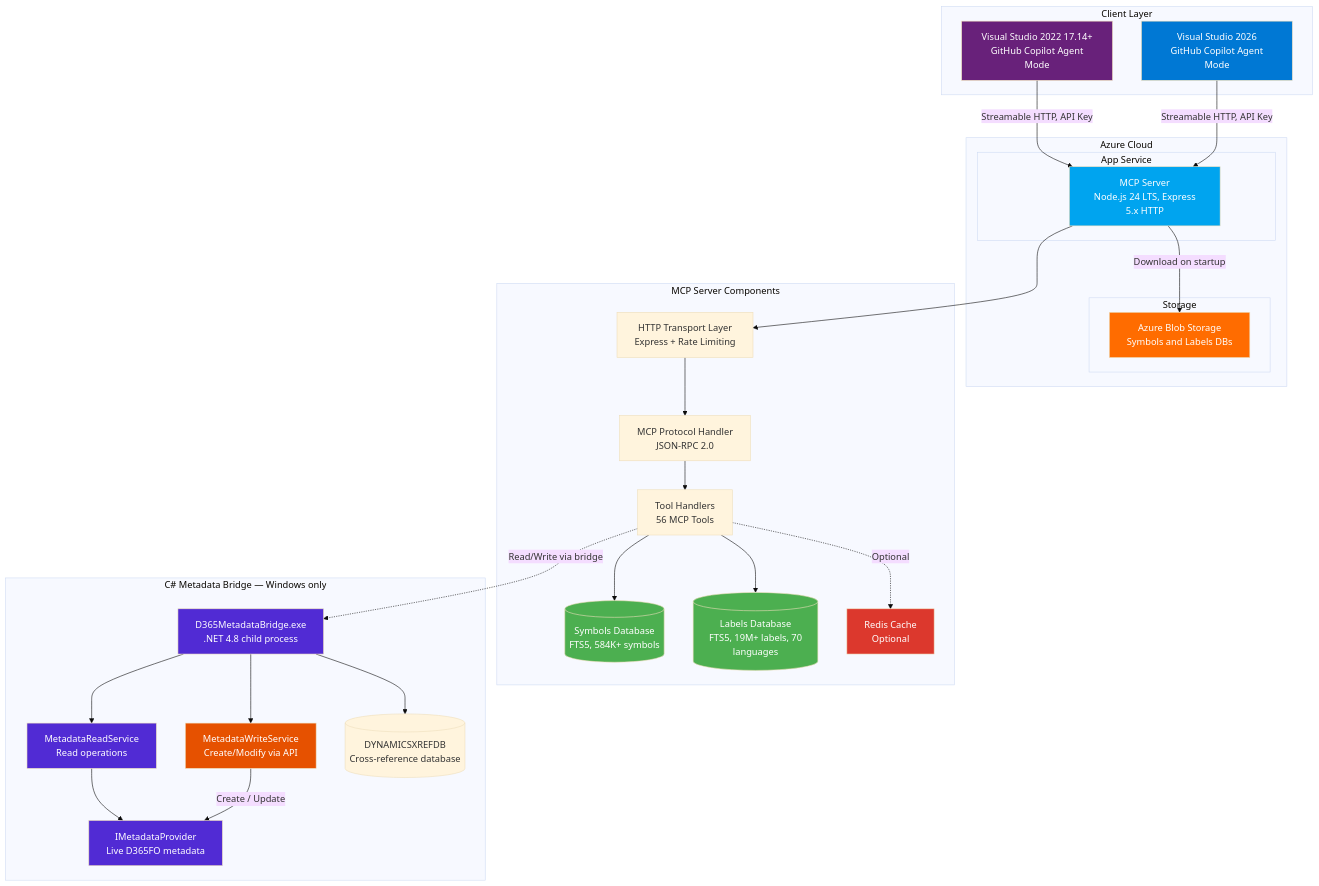
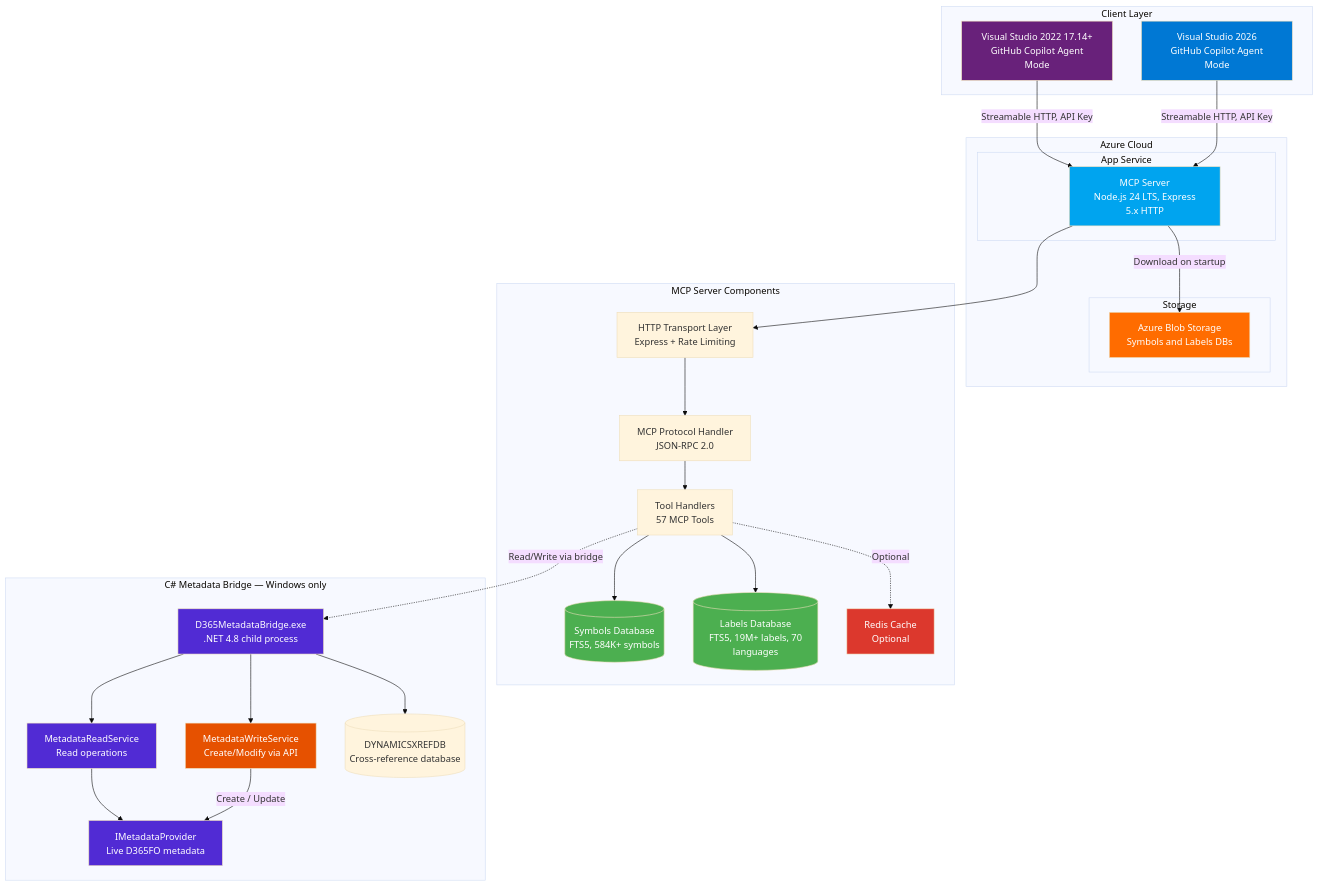
The first of 20 diagrams in docs/ARCHITECTURE.md (DaylePWork/d365fo-mcp-server), drawn with Mermaid (base theme) before and after one commit. The commit also changed other lines of this file and 14 other files, not shown here.

````diff
--- a/docs/ARCHITECTURE.md
+++ b/docs/ARCHITECTURE.md
@@ -19,62 +19,62 @@
 ```mermaid
 graph TB
     subgraph "Client Layer"
         VS[Visual Studio 2022 17.14+\n GitHub Copilot Agent Mode]
         VS2026[Visual Studio 2026\n GitHub Copilot Agent Mode]
     end
 
     subgraph "Azure Cloud"
         subgraph "App Service"
             MCP[MCP Server\n Node.js 24 LTS, Express 5.x HTTP]
         end
         
         subgraph "Storage"
             BLOB[Azure Blob Storage\n Symbols and Labels DBs]
         end
     end
 
     subgraph "MCP Server Components"
         HTTP[HTTP Transport Layer\n Express + Rate Limiting]
         PROTO[MCP Protocol Handler\n JSON-RPC 2.0]
-        TOOLS[Tool Handlers\n 56 MCP Tools]
+        TOOLS[Tool Handlers\n 57 MCP Tools]
         DB[(Symbols Database\n FTS5, 584K+ symbols)]
         LDB[(Labels Database\n FTS5, 19M+ labels, 70 languages)]
         CACHE[Redis Cache\n Optional]
     end
 
     subgraph "C# Metadata Bridge — Windows only"
         BRIDGE_EXE[D365MetadataBridge.exe\n .NET 4.8 child process]
         READ_SVC[MetadataReadService\n Read operations]
         WRITE_SVC[MetadataWriteService\n Create/Modify via API]
         IMETA[IMetadataProvider\n Live D365FO metadata]
         XREF[(DYNAMICSXREFDB\n Cross-reference database)]
     end
 
     VS -->|"Streamable HTTP, API Key"| MCP
     VS2026 -->|"Streamable HTTP, API Key"| MCP
     MCP -->|"Download on startup"| BLOB
     MCP --> HTTP
     HTTP --> PROTO
     PROTO --> TOOLS
     TOOLS --> DB
     TOOLS --> LDB
     TOOLS -.->|"Optional"| CACHE
     TOOLS -.->|"Read/Write via bridge"| BRIDGE_EXE
     BRIDGE_EXE --> READ_SVC
     BRIDGE_EXE --> WRITE_SVC
     READ_SVC --> IMETA
     WRITE_SVC -->|"Create / Update"| IMETA
     BRIDGE_EXE --> XREF
     
     style VS fill:#68217A,color:#fff
     style VS2026 fill:#0078D4,color:#fff
     style MCP fill:#00A4EF,color:#fff
     style BLOB fill:#FF6C00,color:#fff
     style DB fill:#4CAF50,color:#fff
     style LDB fill:#4CAF50,color:#fff
     style CACHE fill:#DC382D,color:#fff
     style BRIDGE_EXE fill:#512BD4,color:#fff
     style READ_SVC fill:#512BD4,color:#fff
     style WRITE_SVC fill:#E65100,color:#fff
     style IMETA fill:#512BD4,color:#fff
 ```
````
